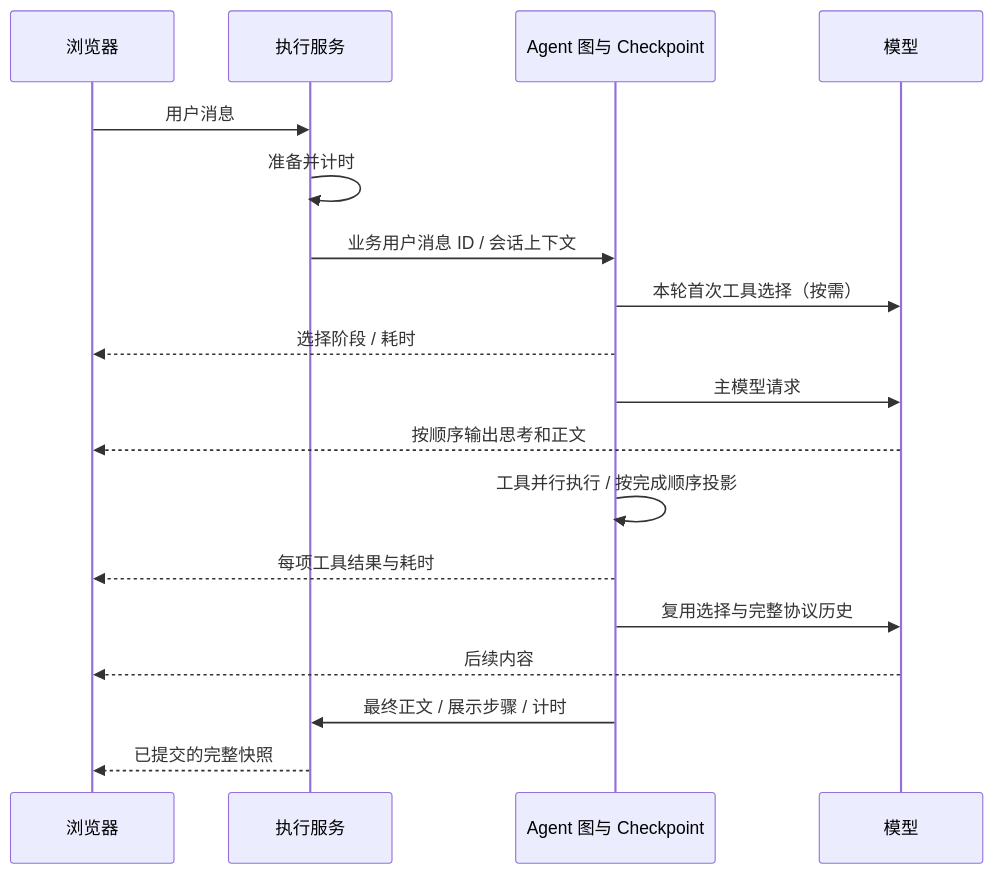
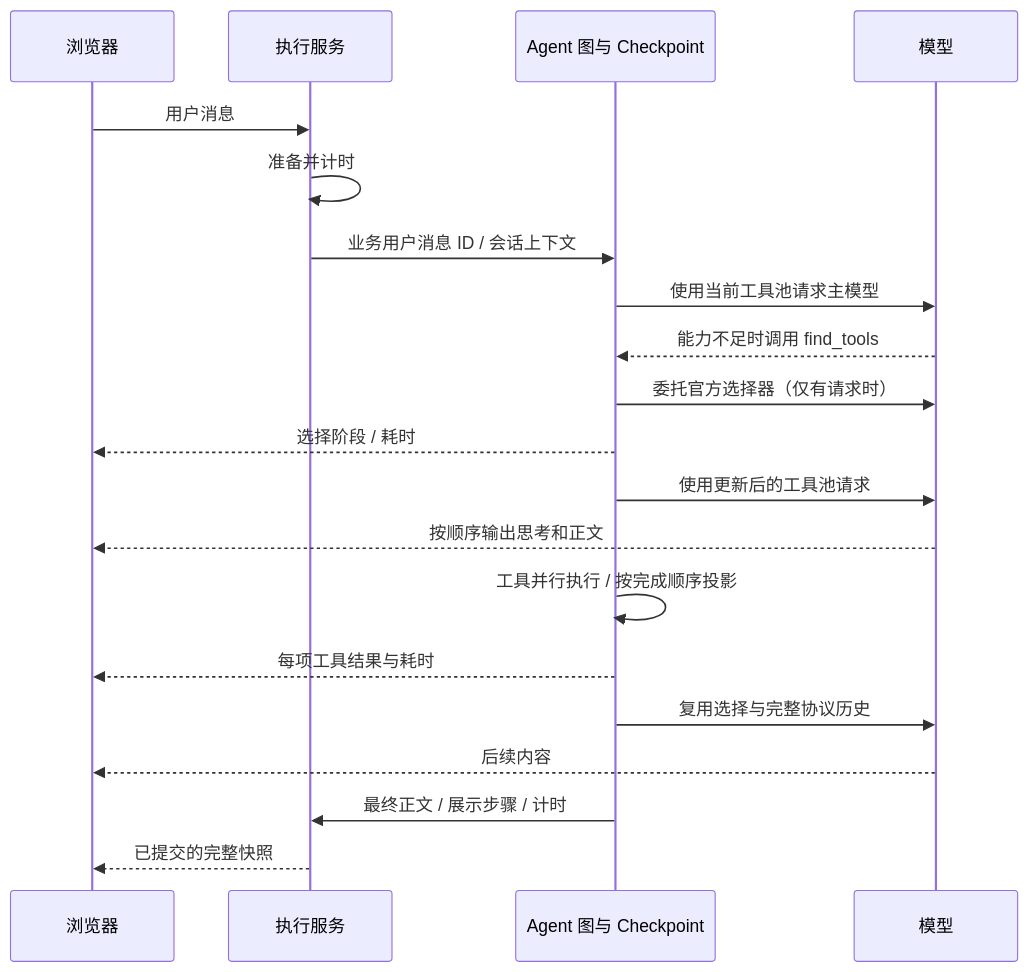
One commit to wangysasd/melonclaw changed the diagram in docs/design-docs/response-fluency.md. Above: the diagram before and after it, drawn with Mermaid. The commit also changed other lines of this file and 52 other files, not shown here.

````diff
--- a/docs/design-docs/response-fluency.md
+++ b/docs/design-docs/response-fluency.md
@@ -48,20 +44,22 @@
 ```mermaid
 sequenceDiagram
     participant W as 浏览器
     participant S as 执行服务
     participant G as Agent 图与 Checkpoint
     participant M as 模型
     W->>S: 用户消息
     S->>S: 准备并计时
     S->>G: 业务用户消息 ID / 会话上下文
-    G->>M: 本轮首次工具选择（按需）
+    G->>M: 使用当前工具池请求主模型
+    M-->>G: 能力不足时调用 find_tools
+    G->>M: 委托官方选择器（仅有请求时）
     G-->>W: 选择阶段 / 耗时
-    G->>M: 主模型请求
+    G->>M: 使用更新后的工具池请求
     M-->>W: 按顺序输出思考和正文
     G->>G: 工具并行执行 / 按完成顺序投影
     G-->>W: 每项工具结果与耗时
     G->>M: 复用选择与完整协议历史
     M-->>W: 后续内容
     G->>S: 最终正文 / 展示步骤 / 计时
     S-->>W: 已提交的完整快照
 ```
````
